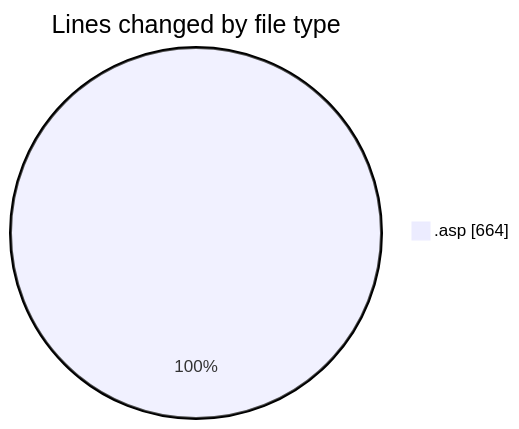
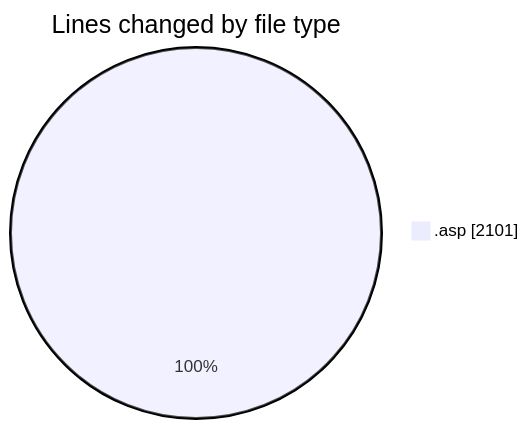
The first of 2 diagrams in 2025-11-11/cdp_aleoudev_fr__workspace_/README.md (julien-gomy/code-tracking), drawn with Mermaid before and after one commit. The commit also changed other lines of this file and 1 other file, not shown here.

````diff
--- a/2025-11-11/cdp_aleoudev_fr__workspace_/README.md
+++ b/2025-11-11/cdp_aleoudev_fr__workspace_/README.md
@@ -20,5 +21,5 @@
 ```mermaid
 pie showData
 title Lines changed by file type
-".asp" : 664
+".asp" : 2101
 ```
````
